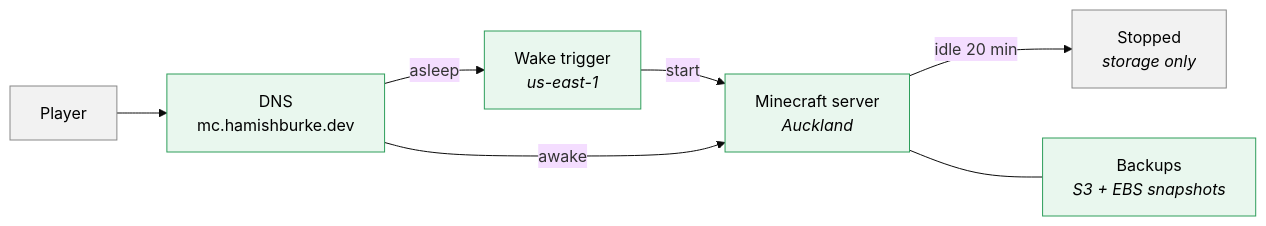
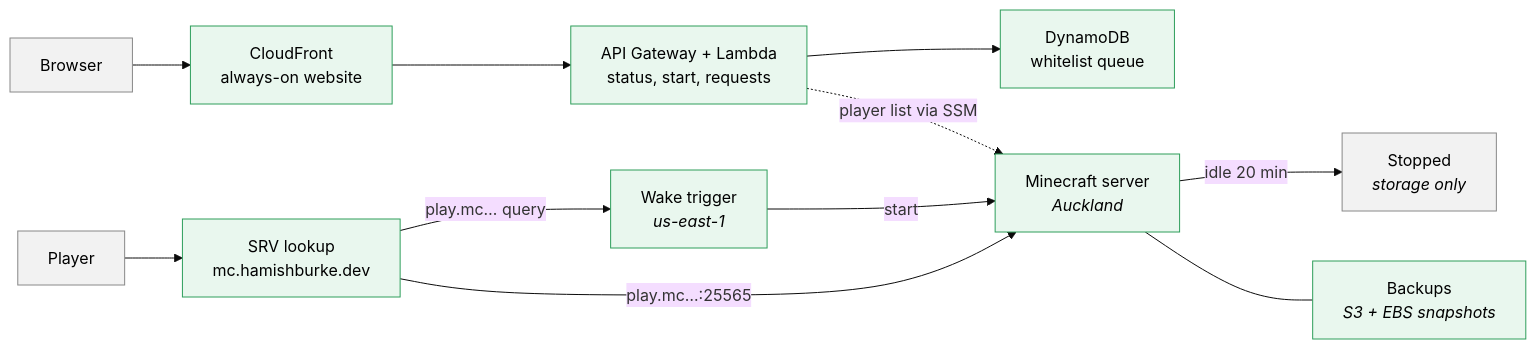
The first of 2 diagrams in docs/architecture.md (Slaymish/YayMinecraftServer), drawn with Mermaid (base theme) before and after one commit. The commit also changed other lines of this file and 11 other files, not shown here.

````diff
--- a/docs/architecture.md
+++ b/docs/architecture.md
@@ -5,14 +5,18 @@
 ```mermaid
 flowchart LR
-    P["Player"] --> D["DNS<br/>mc.hamishburke.dev"]
-    D -->|"asleep"| W["Wake trigger<br/><i>us-east-1</i>"]
+    WB["Browser"] --> C["CloudFront<br/>always-on website"]
+    C --> A["API Gateway + Lambda<br/>status, start, requests"]
+    A --> Q["DynamoDB<br/>whitelist queue"]
+    A -.->|"player list via SSM"| S
+    P["Player"] --> D["SRV lookup<br/>mc.hamishburke.dev"]
+    D -->|"play.mc… query"| W["Wake trigger<br/><i>us-east-1</i>"]
     W -->|"start"| S["Minecraft server<br/><i>Auckland</i>"]
-    D -->|"awake"| S
+    D -->|"play.mc…:25565"| S
     S -->|"idle 20 min"| Z["Stopped<br/><i>storage only</i>"]
     S --- B["Backups<br/><i>S3 + EBS snapshots</i>"]
 
     classDef box fill:#e9f7ee,stroke:#2e9e5b,color:#000
     classDef dim fill:#f2f2f2,stroke:#888,color:#000
-    class D,W,S,B box
-    class P,Z dim
+    class C,A,Q,D,W,S,B box
+    class WB,P,Z dim
 ```
````
